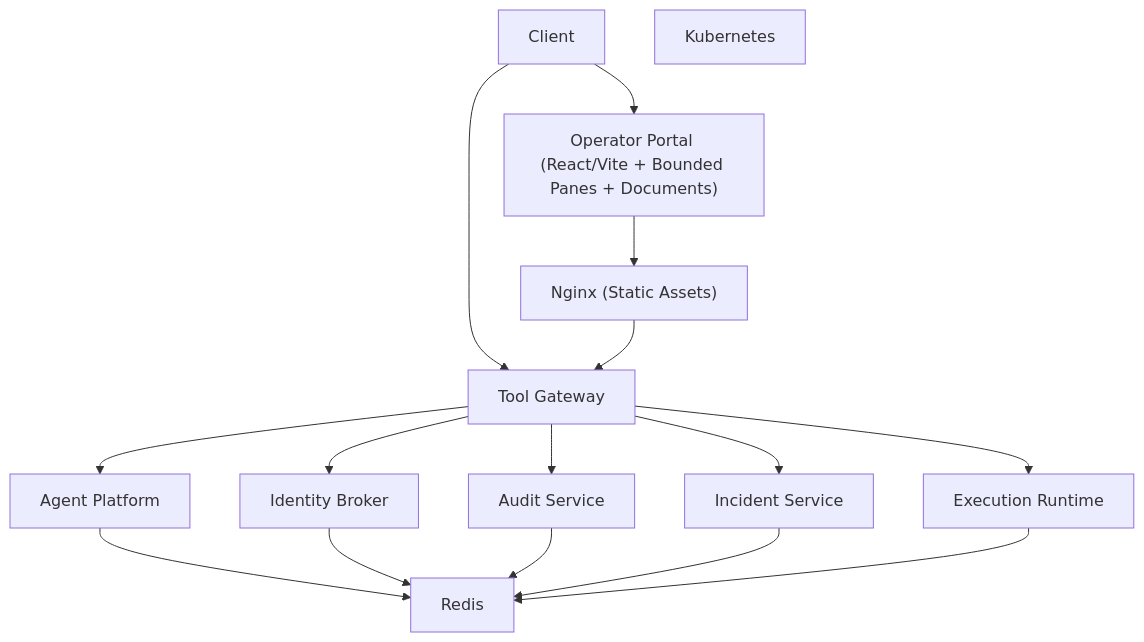
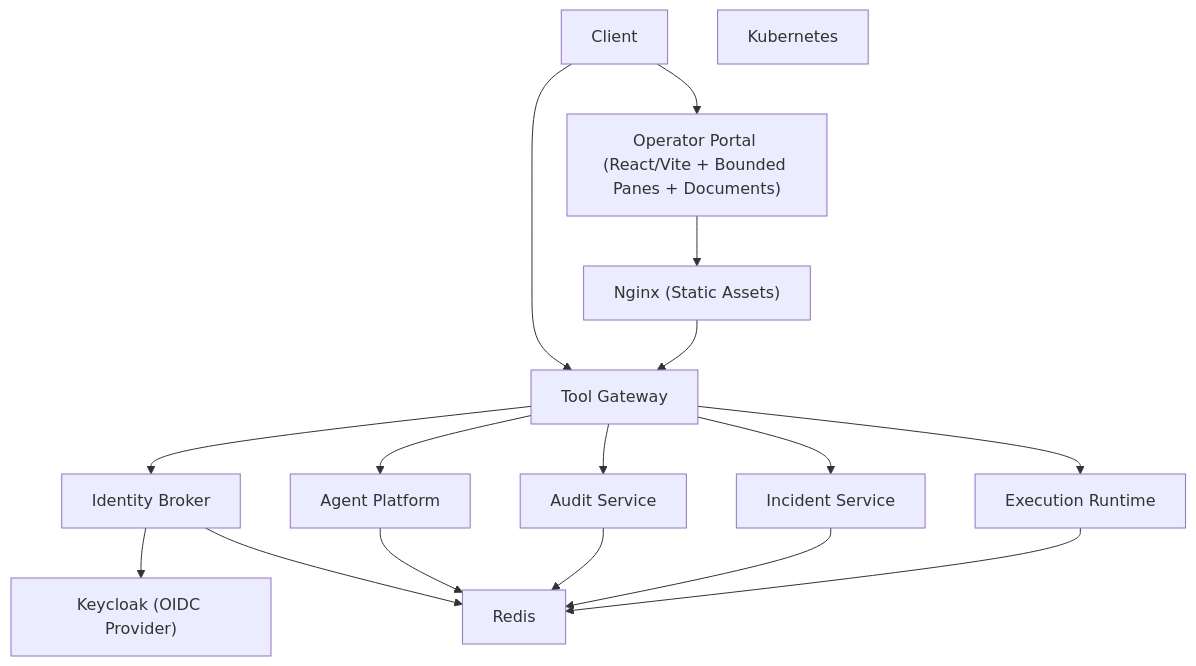
One commit to metasync/luban-aiops changed the second of 2 diagrams in .qoder/repowiki/en/content/Getting Started.md. Above: the diagram before and after it, drawn with Mermaid. The commit also changed other lines of this file and 5 other files, not shown here.

````diff
--- a/.qoder/repowiki/en/content/Getting Started.md
+++ b/.qoder/repowiki/en/content/Getting Started.md
@@ -612,28 +647,30 @@
 ```mermaid
 graph TB
 Client["Client"]
 GW["Tool Gateway"]
 IDB["Identity Broker"]
 AP["Agent Platform"]
 OP["Operator Portal (React/Vite + Bounded Panes + Documents)"]
 AS["Audit Service"]
 IS["Incident Service"]
 ER["Execution Runtime"]
 RDS["Redis"]
 K8S["Kubernetes"]
 NGINX["Nginx (Static Assets)"]
+KC["Keycloak (OIDC Provider)"]
 Client --> GW
 Client --> OP
 GW --> IDB
 GW --> AP
 GW --> AS
 GW --> IS
 GW --> ER
 OP --> NGINX
 NGINX --> GW
 AP --> RDS
+IDB --> KC
 IDB --> RDS
 AS --> RDS
 IS --> RDS
 ER --> RDS
 ```
````
